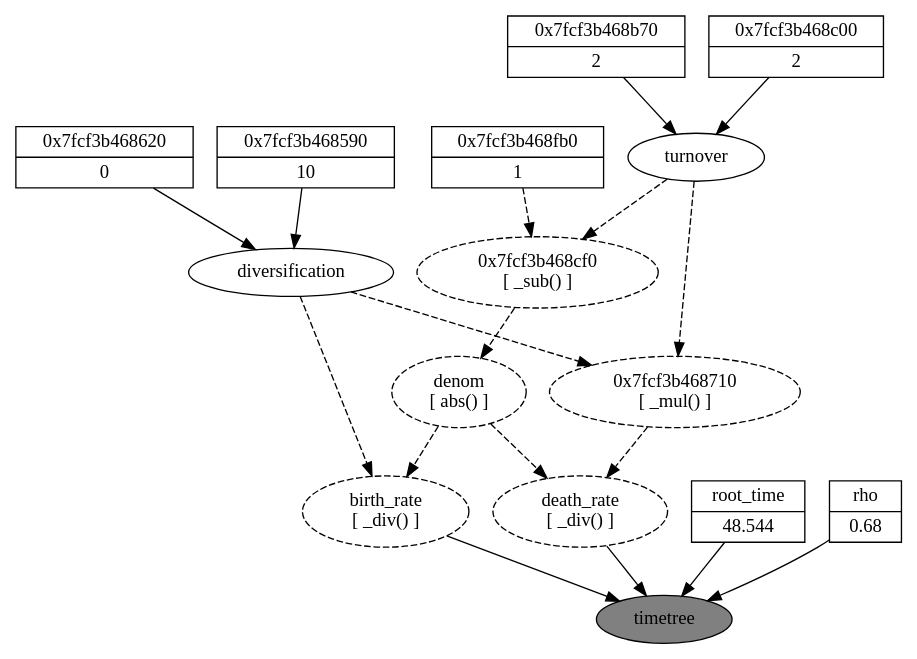
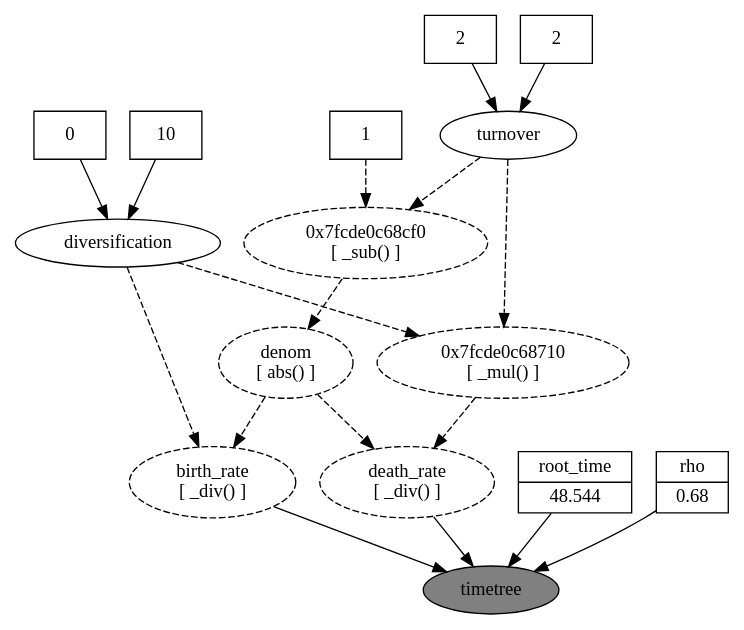
The diagram in tutorials/RB_TimeTree_Tutorials/RB_Diversification_Exercise/RB_diversification_files/output/m_BD_modelgraph.dot (revbayes/revbayes.archive), drawn with Graphviz before and after one commit. The commit also changed 2 other files, not shown here.

```diff
--- a/tutorials/RB_TimeTree_Tutorials/RB_Diversification_Exercise/RB_diversification_files/output/m_BD_modelgraph.dot
+++ b/tutorials/RB_TimeTree_Tutorials/RB_Diversification_Exercise/RB_diversification_files/output/m_BD_modelgraph.dot
@@ -1,34 +1,34 @@
 digraph REVDAG {
-   n_0x7fcf3b468590 [shape=record, style=filled, fillcolor=white, label="{0x7fcf3b468590|10}"]
-   n_0x7fcf3b468620 [shape=record, style=filled, fillcolor=white, label="{0x7fcf3b468620|0}"]
+   n_0x7fcde0c68590 [shape=box, style=filled, fillcolor=white, label="10"]
+   n_0x7fcde0c68620 [shape=box, style=filled, fillcolor=white, label="0"]
    n_diversification [shape=oval, style=filled, fillcolor=white, label="diversification"]
    n_denom [shape=oval, style="dashed,filled", fillcolor=white, label="denom\n[ abs() ]"]
-   n_0x7fcf3b468cf0 [shape=oval, style="dashed,filled", fillcolor=white, label="0x7fcf3b468cf0\n[ _sub() ]"]
-   n_0x7fcf3b468fb0 [shape=record, style=filled, fillcolor=white, label="{0x7fcf3b468fb0|1}"]
+   n_0x7fcde0c68cf0 [shape=oval, style="dashed,filled", fillcolor=white, label="0x7fcde0c68cf0\n[ _sub() ]"]
+   n_0x7fcde0c68fb0 [shape=box, style=filled, fillcolor=white, label="1"]
    n_turnover [shape=oval, style=filled, fillcolor=white, label="turnover"]
-   n_0x7fcf3b468b70 [shape=record, style=filled, fillcolor=white, label="{0x7fcf3b468b70|2}"]
-   n_0x7fcf3b468c00 [shape=record, style=filled, fillcolor=white, label="{0x7fcf3b468c00|2}"]
-   n_0x7fcf3b468710 [shape=oval, style="dashed,filled", fillcolor=white, label="0x7fcf3b468710\n[ _mul() ]"]
+   n_0x7fcde0c68b70 [shape=box, style=filled, fillcolor=white, label="2"]
+   n_0x7fcde0c68c00 [shape=box, style=filled, fillcolor=white, label="2"]
+   n_0x7fcde0c68710 [shape=oval, style="dashed,filled", fillcolor=white, label="0x7fcde0c68710\n[ _mul() ]"]
    n_death_rate [shape=oval, style="dashed,filled", fillcolor=white, label="death_rate\n[ _div() ]"]
    n_timetree [shape=oval, style=filled, fillcolor=gray, label="timetree"]
    n_birth_rate [shape=oval, style="dashed,filled", fillcolor=white, label="birth_rate\n[ _div() ]"]
    n_root_time [shape=record, style=filled, fillcolor=white, label="{root_time|48.544}"]
    n_rho [shape=record, style=filled, fillcolor=white, label="{rho|0.68}"]
-   n_0x7fcf3b468590 -> n_diversification
-   n_0x7fcf3b468620 -> n_diversification
-   n_diversification -> n_0x7fcf3b468710[style=dashed]
+   n_0x7fcde0c68590 -> n_diversification
+   n_0x7fcde0c68620 -> n_diversification
+   n_diversification -> n_0x7fcde0c68710[style=dashed]
    n_diversification -> n_birth_rate[style=dashed]
    n_denom -> n_death_rate[style=dashed]
    n_denom -> n_birth_rate[style=dashed]
-   n_0x7fcf3b468cf0 -> n_denom[style=dashed]
-   n_0x7fcf3b468fb0 -> n_0x7fcf3b468cf0[style=dashed]
-   n_turnover -> n_0x7fcf3b468710[style=dashed]
-   n_turnover -> n_0x7fcf3b468cf0[style=dashed]
-   n_0x7fcf3b468b70 -> n_turnover
-   n_0x7fcf3b468c00 -> n_turnover
-   n_0x7fcf3b468710 -> n_death_rate[style=dashed]
+   n_0x7fcde0c68cf0 -> n_denom[style=dashed]
+   n_0x7fcde0c68fb0 -> n_0x7fcde0c68cf0[style=dashed]
+   n_turnover -> n_0x7fcde0c68710[style=dashed]
+   n_turnover -> n_0x7fcde0c68cf0[style=dashed]
+   n_0x7fcde0c68b70 -> n_turnover
+   n_0x7fcde0c68c00 -> n_turnover
+   n_0x7fcde0c68710 -> n_death_rate[style=dashed]
    n_death_rate -> n_timetree
    n_birth_rate -> n_timetree
    n_root_time -> n_timetree
    n_rho -> n_timetree
 }
```
